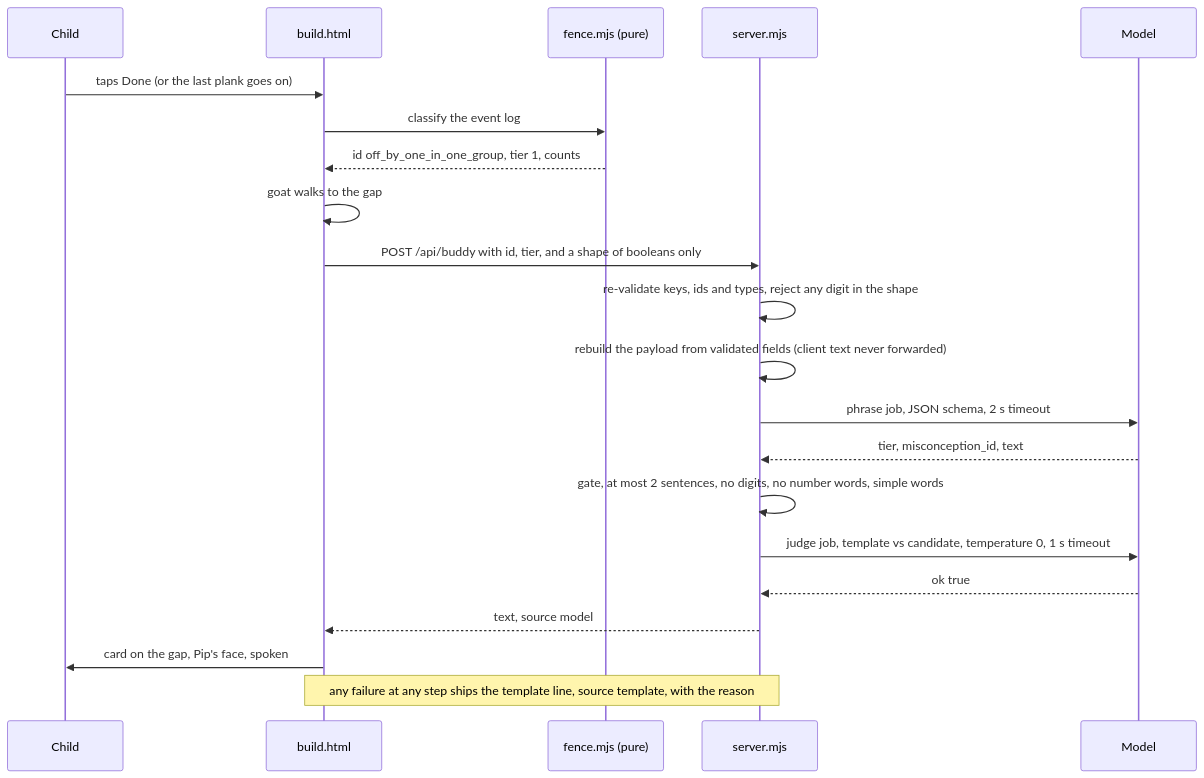
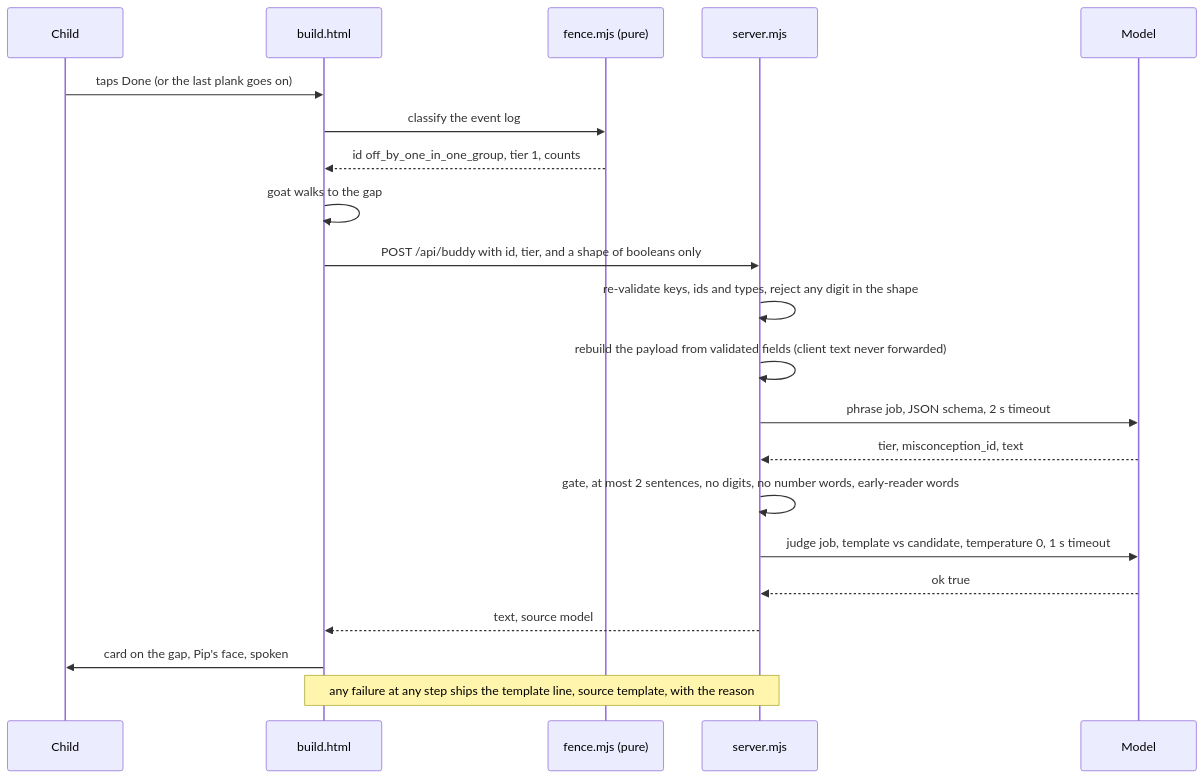
One commit to manpreet171/pip-fence changed the second of 2 diagrams in docs/ARCHITECTURE.md. Above: the diagram before and after it, drawn with Mermaid. The commit also changed other lines of this file and 7 other files, not shown here.

````diff
--- a/docs/ARCHITECTURE.md
+++ b/docs/ARCHITECTURE.md
@@ -46,23 +46,23 @@
 ```mermaid
 sequenceDiagram
   participant C as Child
   participant G as build.html
   participant F as fence.mjs (pure)
   participant S as server.mjs
   participant M as Model
   C->>G: taps Done (or the last plank goes on)
   G->>F: classify the event log
   F-->>G: id off_by_one_in_one_group, tier 1, counts
   G->>G: goat walks to the gap
   G->>S: POST /api/buddy with id, tier, and a shape of booleans only
   S->>S: re-validate keys, ids and types, reject any digit in the shape
   S->>S: rebuild the payload from validated fields (client text never forwarded)
   S->>M: phrase job, JSON schema, 2 s timeout
   M-->>S: tier, misconception_id, text
-  S->>S: gate, at most 2 sentences, no digits, no number words, simple words
+  S->>S: gate, at most 2 sentences, no digits, no number words, early-reader words
   S->>M: judge job, template vs candidate, temperature 0, 1 s timeout
   M-->>S: ok true
   S-->>G: text, source model
   G->>C: card on the gap, Pip's face, spoken
   Note over S,G: any failure at any step ships the template line, source template, with the reason
 ```
````
